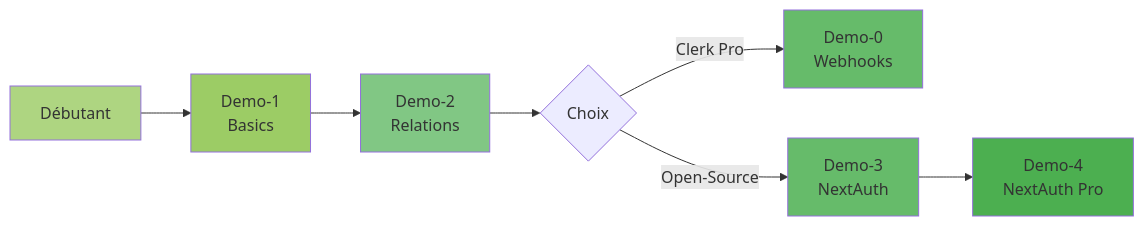
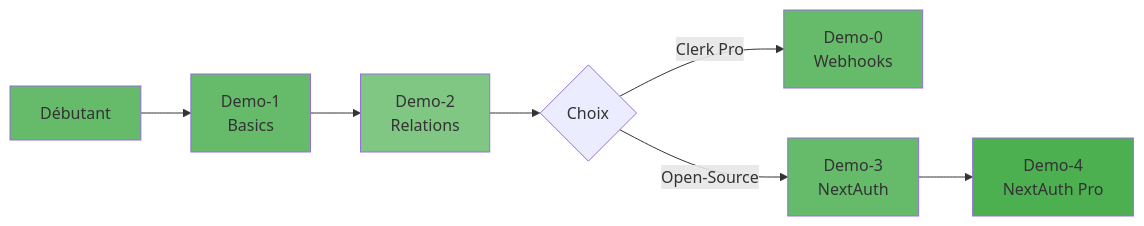
Before and after one commit to inskillflow/auths-1-NEXTJS-introduction: diagram 31 of 39 in 02-DIAGRAMMES_ARCHITECTURES.md, drawn with Mermaid. The commit also changed other lines of this file, not shown here.

````diff
--- a/02-DIAGRAMMES_ARCHITECTURES.md
+++ b/02-DIAGRAMMES_ARCHITECTURES.md
@@ -1012,18 +1012,18 @@
 ```mermaid
 graph LR
     START[Débutant] --> D1[Demo-1<br/>Basics]
     D1 --> D2[Demo-2<br/>Relations]
     D2 --> CHOICE{Choix}
     
     CHOICE -->|Clerk Pro| D0[Demo-0<br/>Webhooks]
     CHOICE -->|Open-Source| D3[Demo-3<br/>NextAuth]
     
     D3 --> D4[Demo-4<br/>NextAuth Pro]
     
-    style START fill:#aed581
-    style D1 fill:#9ccc65
+    style START fill:#66bb6a
+    style D1 fill:#66bb6a
     style D2 fill:#81c784
     style D0 fill:#66bb6a
     style D3 fill:#66bb6a
     style D4 fill:#4caf50
 ```
````
